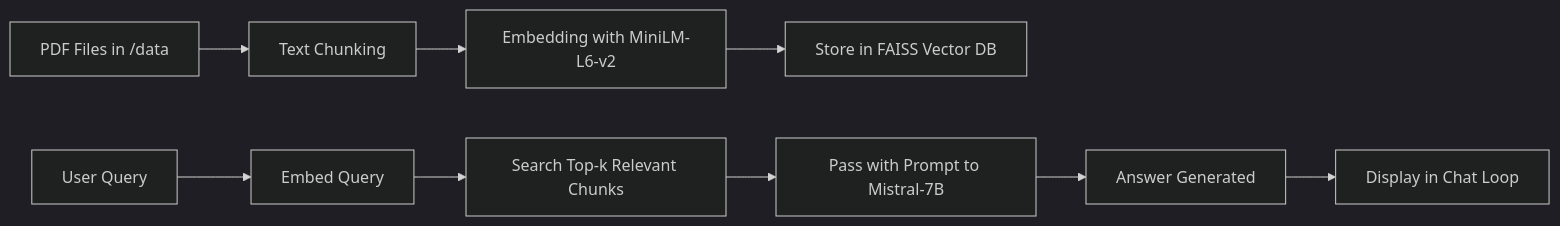
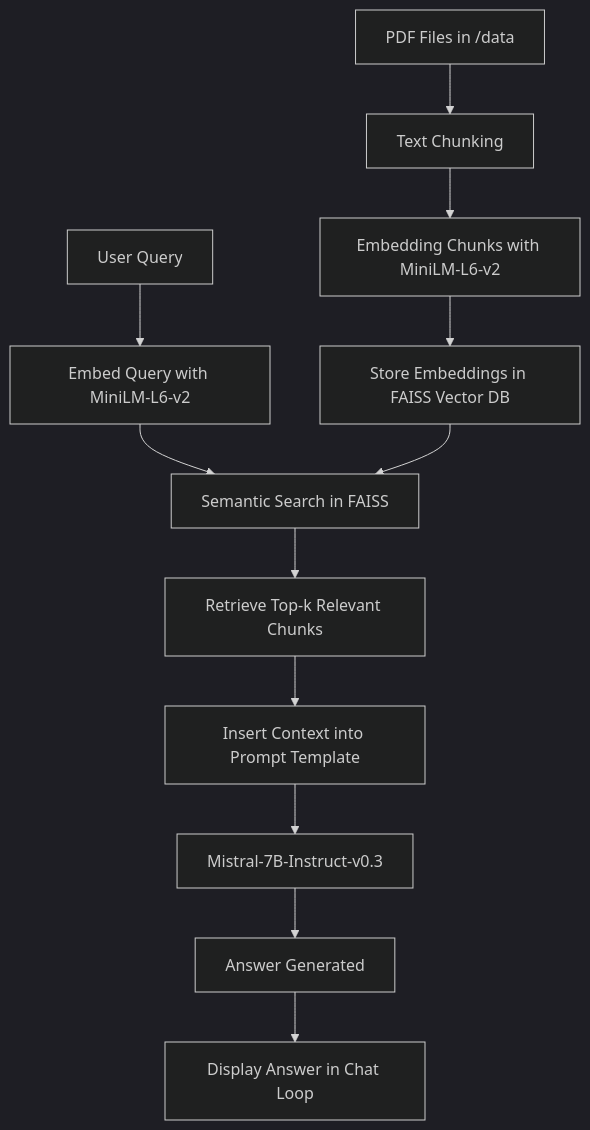
The diagram in README.md (AdityaBhatt3010/Phoenix-AI-ChatBot), drawn with Mermaid (dark theme) before and after one commit.

````diff
--- a/README.md
+++ b/README.md
@@ -242,11 +242,17 @@
 ```mermaid
-graph LR
+graph TD
 A[PDF Files in /data] --> B[Text Chunking]
-B --> C[Embedding with MiniLM-L6-v2]
-C --> D[Store in FAISS Vector DB]
-E[User Query] --> F[Embed Query]
-F --> G[Search Top-k Relevant Chunks]
-G --> H[Pass with Prompt to Mistral-7B]
-H --> I[Answer Generated]
-I --> J[Display in Chat Loop]
+B --> C[Embedding Chunks with MiniLM-L6-v2]
+C --> D[Store Embeddings in FAISS Vector DB]
+
+E[User Query] --> F[Embed Query with MiniLM-L6-v2]
+F --> G[Semantic Search in FAISS]
+D --> G
+
+G --> H[Retrieve Top-k Relevant Chunks]
+
+H --> I[Insert Context into Prompt Template]
+I --> J[Mistral-7B-Instruct-v0.3]
+J --> K[Answer Generated]
+K --> L[Display Answer in Chat Loop]
 ```
````
